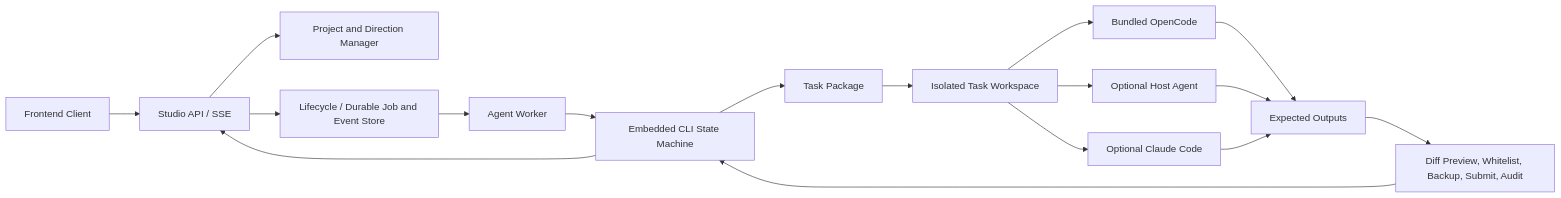
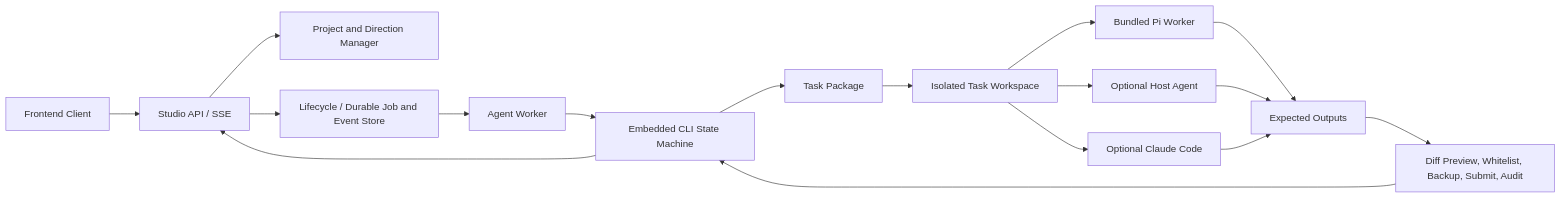
The diagram in docs/architecture/new-studio-architecture.md (o-1717986918/arcvellum), drawn with Mermaid before and after one commit. The commit also changed other lines of this file and 136 other files, not shown here.

Commit message:
refactor: retire OpenCode product runtime

````diff
--- a/docs/architecture/new-studio-architecture.md
+++ b/docs/architecture/new-studio-architecture.md
@@ -7,19 +7,19 @@
 ```mermaid
 flowchart LR
     UI["Frontend Client"] --> API["Studio API / SSE"]
     API --> PM["Project and Direction Manager"]
     API --> L["Lifecycle / Durable Job and Event Store"]
     L --> W["Agent Worker"]
     W --> C["Embedded CLI State Machine"]
     C --> T["Task Package"]
     T --> S["Isolated Task Workspace"]
-    S --> OC["Bundled OpenCode"]
+    S --> PI["Bundled Pi Worker"]
     S --> H["Optional Host Agent"]
     S --> CL["Optional Claude Code"]
-    OC --> O["Expected Outputs"]
+    PI --> O["Expected Outputs"]
     H --> O
     CL --> O
     O --> V["Diff Preview, Whitelist, Backup, Submit, Audit"]
     V --> C
     C --> API
 ```
````
